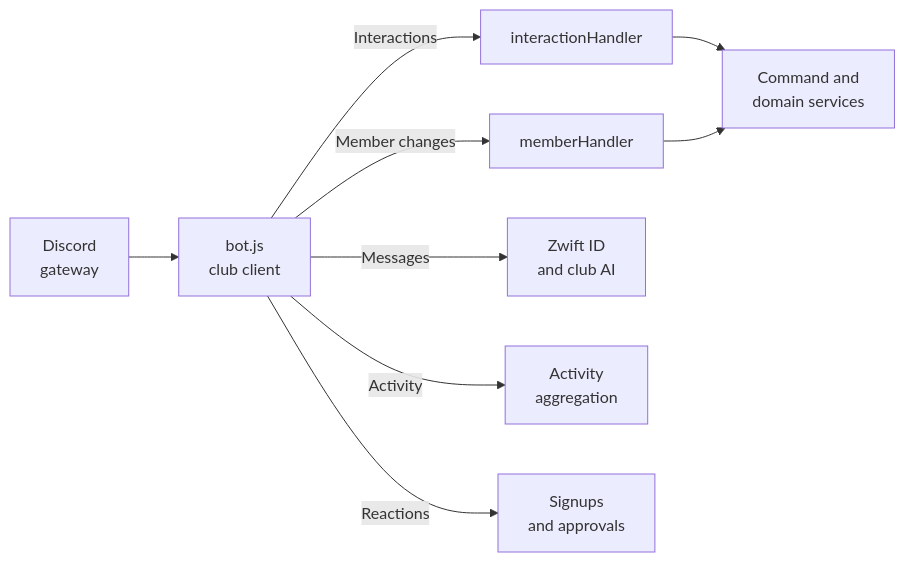
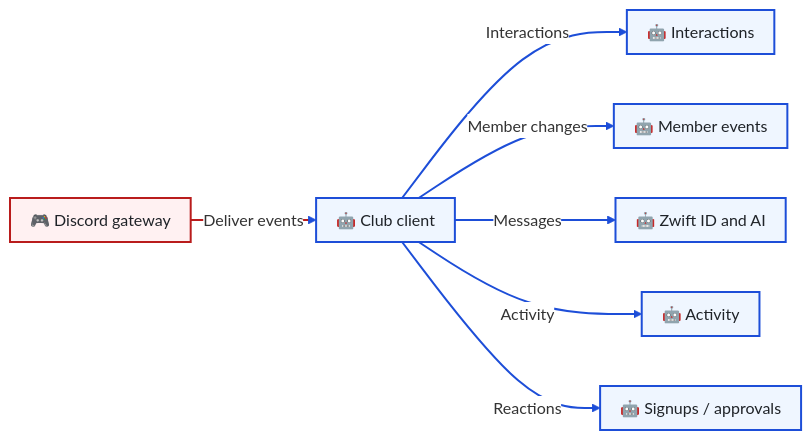
Before and after one commit to T00few2/dzr: the first of 3 diagrams in docs/architecture/bot-automation.md, drawn with Mermaid. The commit also changed other lines of this file and 15 other files, not shown here.

First line of the commit message:
docs: standardize Mermaid notation and map the technology stack

````diff
--- a/docs/architecture/bot-automation.md
+++ b/docs/architecture/bot-automation.md
@@ -9,11 +9,23 @@
 ```mermaid
+---
+config:
+  theme: base
+  themeVariables:
+    edgeLabelBackground: '#ffffff'
+  flowchart:
+    rankSpacing: 25
+    padding: 10
+---
 flowchart LR
-    gateway[Discord<br/>gateway] --> entry[bot.js<br/>club client]
-    entry -->|Interactions| interactions[interactionHandler]
-    entry -->|Member changes| members[memberHandler]
-    entry -->|Messages| messages[Zwift ID<br/>and club AI]
-    entry -->|Activity| stats[Activity<br/>aggregation]
-    entry -->|Reactions| reactions[Signups<br/>and approvals]
-    interactions --> domains[Command and<br/>domain services]
-    members --> domains
+    gateway["🎮 Discord gateway"] -->|Deliver events| entry["🤖 Club client"]
+    entry -->|Interactions| interactions["🤖 Interactions"]
+    entry -->|Member changes| members["🤖 Member events"]
+    entry -->|Messages| messages["🤖 Zwift ID and AI"]
+    entry -->|Activity| stats["🤖 Activity"]
+    entry -->|Reactions| reactions["🤖 Signups / approvals"]
+    classDef default fill:#eff6ff,stroke:#1d4ed8,stroke-width:2px,color:#1f2328
+    classDef external fill:#fff1f2,stroke:#b91c1c,stroke-width:2px,color:#1f2328
+    linkStyle default stroke:#1d4ed8,stroke-width:2px
+    class gateway external
+    linkStyle 0 stroke:#b91c1c,stroke-width:2px
 ```
````
